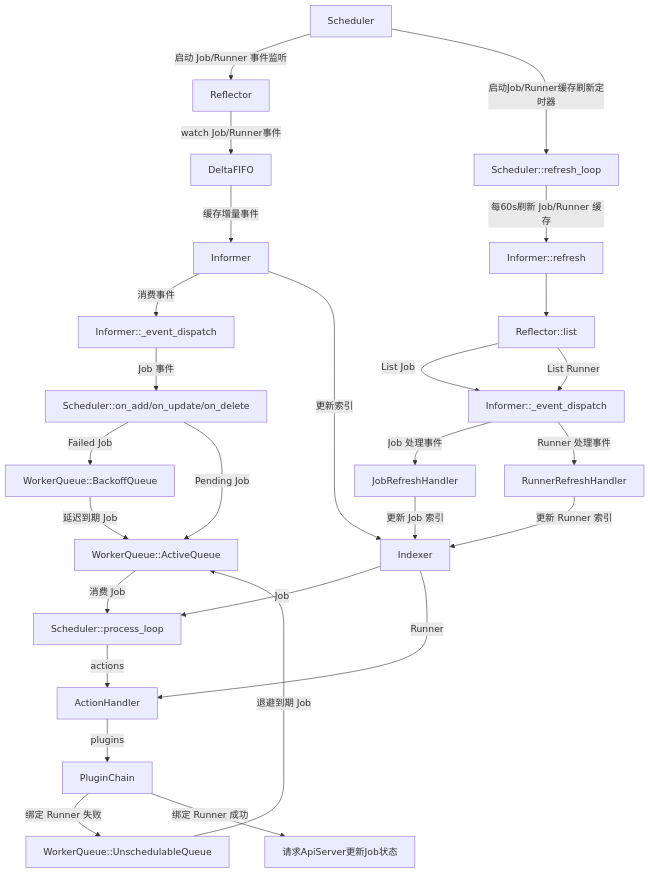
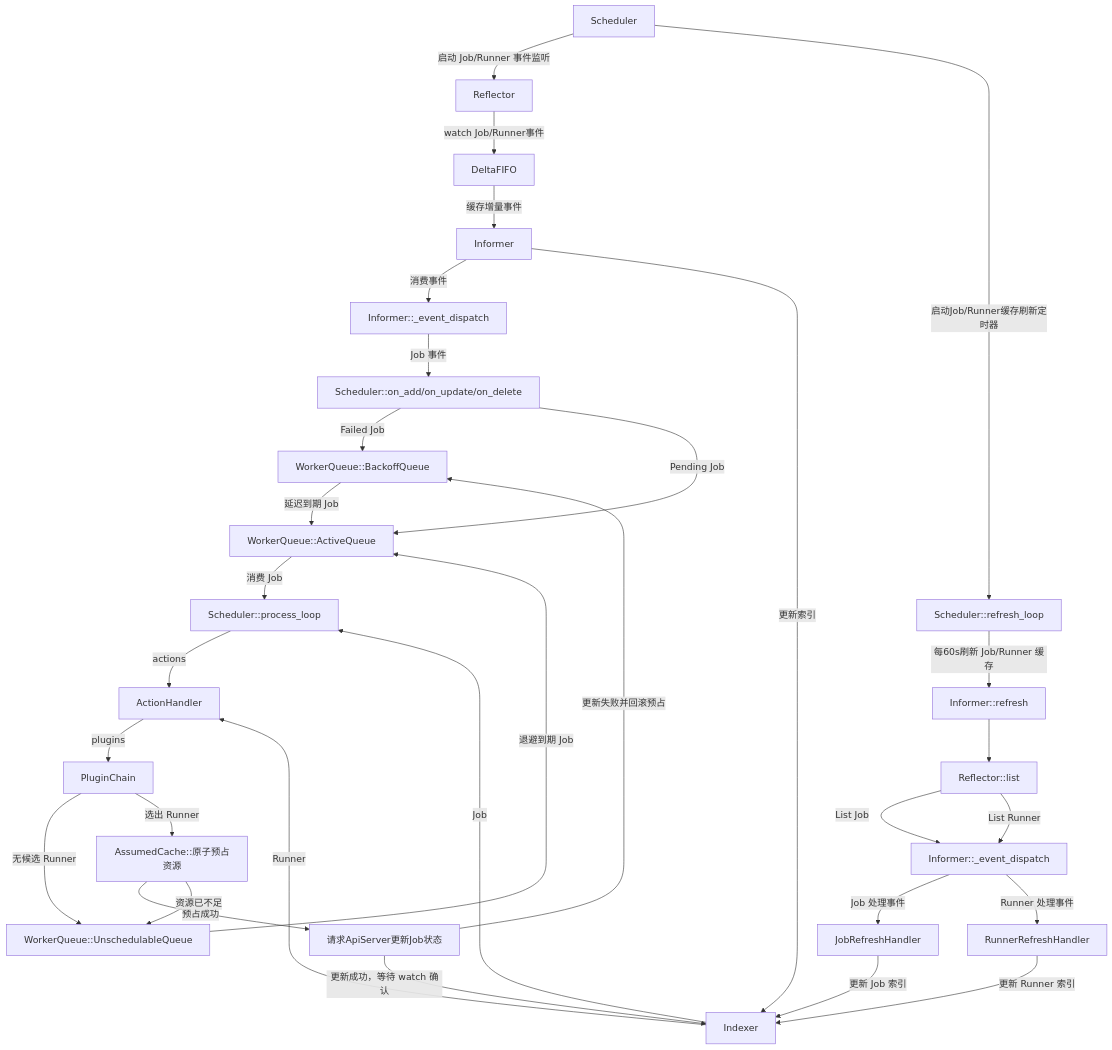
The first of 2 diagrams in docs/zh/design/scheduler.md (openeuler-mirror/EulerMaker), drawn with Mermaid before and after one commit. The commit also changed other lines of this file, not shown here.

````diff
--- a/docs/zh/design/scheduler.md
+++ b/docs/zh/design/scheduler.md
@@ -211,35 +147,39 @@
 ```mermaid
 graph TD
     SC[Scheduler] --> |启动 Job/Runner 事件监听| A 
     A[Reflector] -->|watch Job/Runner事件| B[DeltaFIFO]
     B -->|缓存增量事件| C[Informer]
     C -->|消费事件| F
     C -->|更新索引| D[Indexer]
 
     F[Informer::_event_dispatch] --> |Job 事件|G[Scheduler::on_add/on_update/on_delete]
     G -->|Failed Job| Q2[WorkerQueue::BackoffQueue]
     G -->|Pending Job| Q1[WorkerQueue::ActiveQueue]
     Q2 -->|延迟到期 Job| Q1
 
     Q1 -->|消费 Job| L[Scheduler::process_loop]
     D --> |Job| L
     L --> |actions| A1[ActionHandler]
     D --> |Runner| A1
     A1 --> |plugins| P[PluginChain]
     
     
-    P --> |绑定 Runner 失败| Q3[WorkerQueue::UnschedulableQueue]
-    P --> |绑定 Runner 成功| S[请求ApiServer更新Job状态]
+    P --> |无候选 Runner| Q3[WorkerQueue::UnschedulableQueue]
+    P --> |选出 Runner| AC[AssumedCache::原子预占资源]
+    AC --> |预占成功| S[请求ApiServer更新Job状态]
+    AC --> |资源已不足| Q3
+    S --> |更新失败并回滚预占| Q2
+    S --> |更新成功，等待 watch 确认| D
     Q3 --> |退避到期 Job| Q1
 
     SC --> |启动Job/Runner缓存刷新定时器| T0
     T0[Scheduler::refresh_loop] --> |每60s刷新 Job/Runner 缓存| RI[Informer::refresh]
     RI --> RR[Reflector::list]
     RR --> |List Job| F1[Informer::_event_dispatch]
     RR --> |List Runner| F1
 
     F1 --> |Job 处理事件| JF[JobRefreshHandler]
     JF --> |更新 Job 索引| D
     F1 --> |Runner 处理事件| RF[RunnerRefreshHandler]
     RF --> |更新 Runner 索引| D
 ```
````
